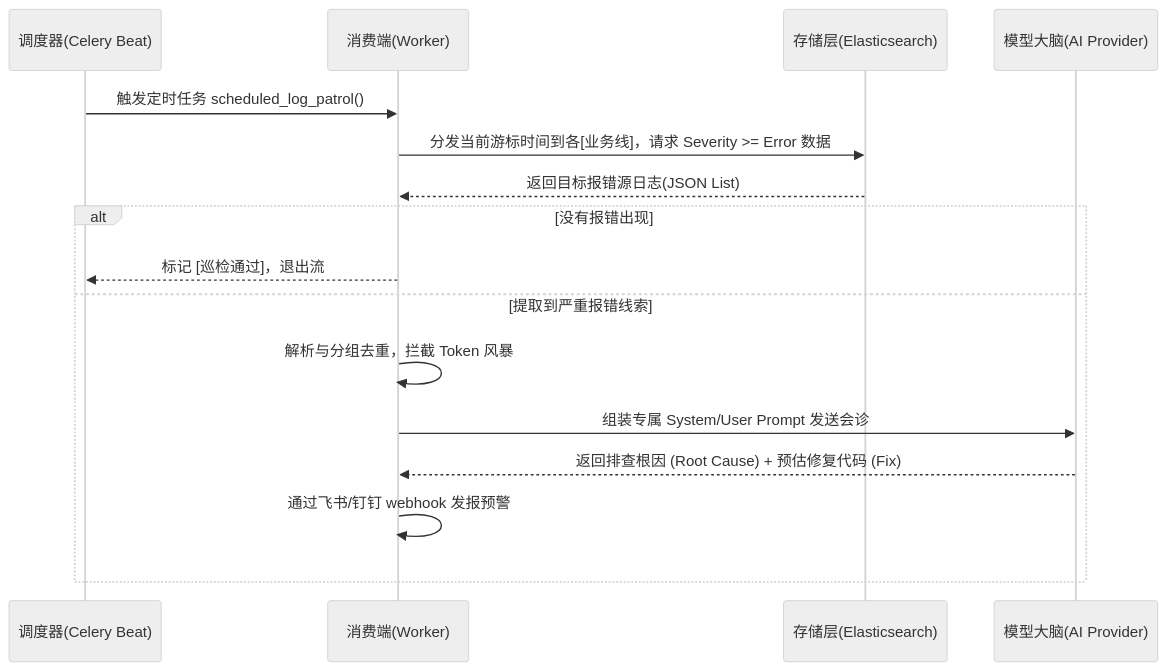
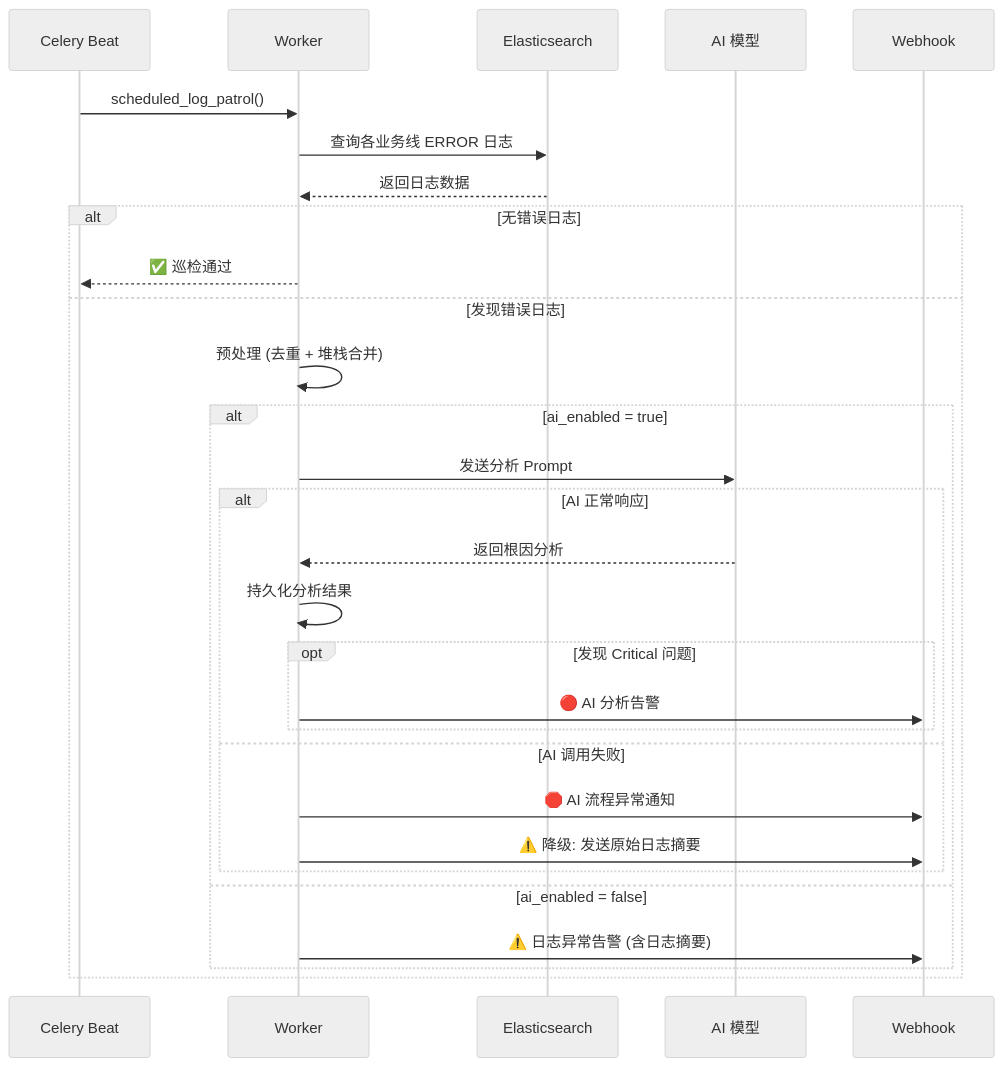
The second of 2 diagrams in README.md (leeeway/LogMind), drawn with Mermaid (neutral theme) before and after one commit. The commit also changed other lines of this file and 7 other files, not shown here.

````diff
--- a/README.md
+++ b/README.md
@@ -88,19 +109,35 @@
 ```mermaid
 sequenceDiagram
-    participant Beat as 调度器(Celery Beat)
-    participant Worker as 消费端(Worker)
-    participant ES as 存储层(Elasticsearch)
-    participant LLM as 模型大脑(AI Provider)
-    
-    Beat->>Worker: 触发定时任务 scheduled_log_patrol()
-    Worker->>ES: 分发当前游标时间到各[业务线]，请求 Severity >= Error 数据
-    ES-->>Worker: 返回目标报错源日志(JSON List)
-    alt 没有报错出现
-        Worker-->>Beat: 标记 [巡检通过]，退出流
-    else 提取到严重报错线索
-        Worker->>Worker: 解析与分组去重，拦截 Token 风暴
-        Worker->>LLM: 组装专属 System/User Prompt 发送会诊
-        LLM-->>Worker: 返回排查根因 (Root Cause) + 预估修复代码 (Fix)
-        Worker->>Worker: 通过飞书/钉钉 webhook 发报预警
+    participant Beat as Celery Beat
+    participant Worker as Worker
+    participant ES as Elasticsearch
+    participant LLM as AI 模型
+    participant WH as Webhook
+
+    Beat->>Worker: scheduled_log_patrol()
+
+    Worker->>ES: 查询各业务线 ERROR 日志
+    ES-->>Worker: 返回日志数据
+
+    alt 无错误日志
+        Worker-->>Beat: ✅ 巡检通过
+    else 发现错误日志
+        Worker->>Worker: 预处理 (去重 + 堆栈合并)
+
+        alt ai_enabled = true
+            Worker->>LLM: 发送分析 Prompt
+            alt AI 正常响应
+                LLM-->>Worker: 返回根因分析
+                Worker->>Worker: 持久化分析结果
+                opt 发现 Critical 问题
+                    Worker->>WH: 🔴 AI 分析告警
+                end
+            else AI 调用失败
+                Worker->>WH: 🛑 AI 流程异常通知
+                Worker->>WH: ⚠️ 降级: 发送原始日志摘要
+            end
+        else ai_enabled = false
+            Worker->>WH: ⚠️ 日志异常告警 (含日志摘要)
+        end
     end
 ```
````
